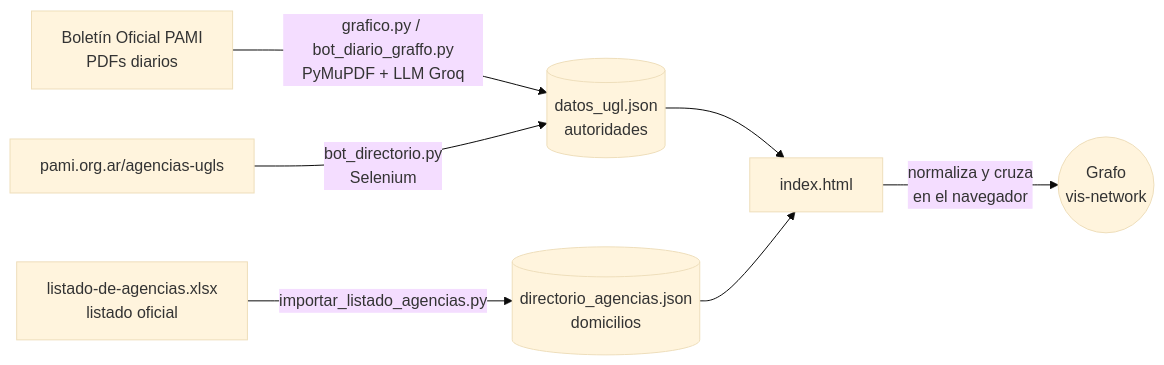
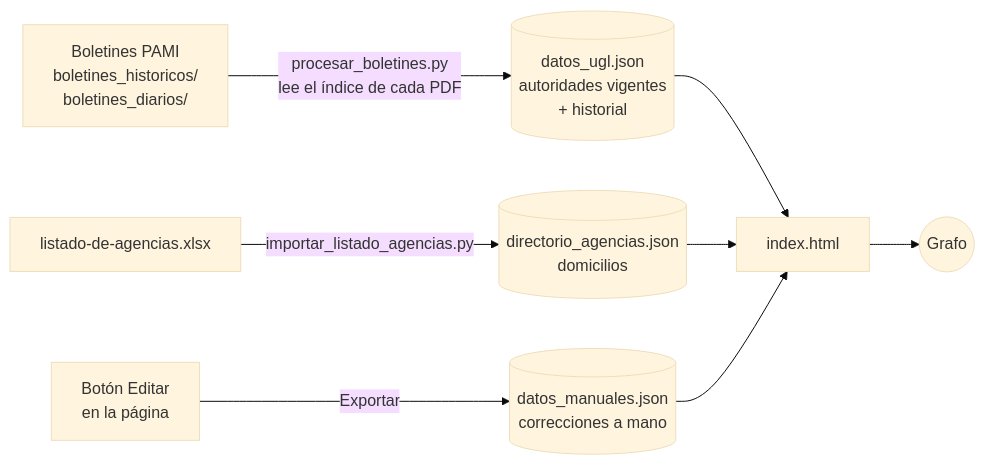
Before and after one commit to pami-ds/UGLS-PAMI: the diagram in README.md, drawn with Mermaid (base theme). The commit also changed other lines of this file and 3 other files, not shown here.

````diff
--- a/README.md
+++ b/README.md
@@ -52,9 +55,10 @@
 ```mermaid
 flowchart LR
-    BO[Boletín Oficial PAMI<br/>PDFs diarios] -->|grafico.py / bot_diario_graffo.py<br/>PyMuPDF + LLM Groq| D1[(datos_ugl.json<br/>autoridades)]
-    WEB[pami.org.ar/agencias-ugls] -->|bot_directorio.py<br/>Selenium| D1
-    XLS[listado-de-agencias.xlsx<br/>listado oficial] -->|importar_listado_agencias.py| D2[(directorio_agencias.json<br/>domicilios)]
+    BO[Boletines PAMI<br/>boletines_historicos/<br/>boletines_diarios/] -->|procesar_boletines.py<br/>lee el índice de cada PDF| D1[(datos_ugl.json<br/>autoridades vigentes<br/>+ historial)]
+    XLS[listado-de-agencias.xlsx] -->|importar_listado_agencias.py| D2[(directorio_agencias.json<br/>domicilios)]
+    ED[Botón Editar<br/>en la página] -->|Exportar| D3[(datos_manuales.json<br/>correcciones a mano)]
     D1 --> IDX[index.html]
     D2 --> IDX
-    IDX -->|normaliza y cruza<br/>en el navegador| G((Grafo<br/>vis-network))
+    D3 --> IDX
+    IDX --> G((Grafo))
 ```
````
